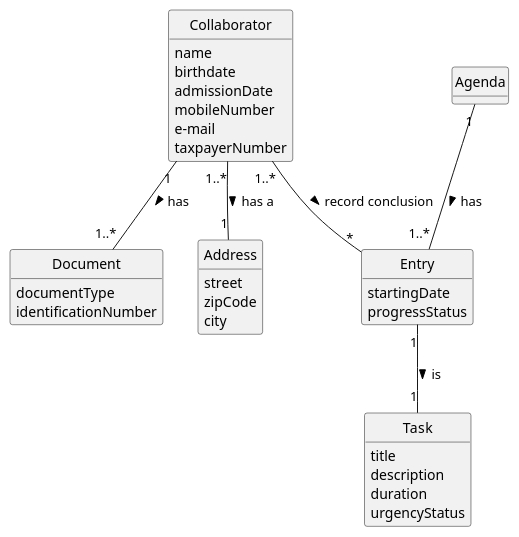
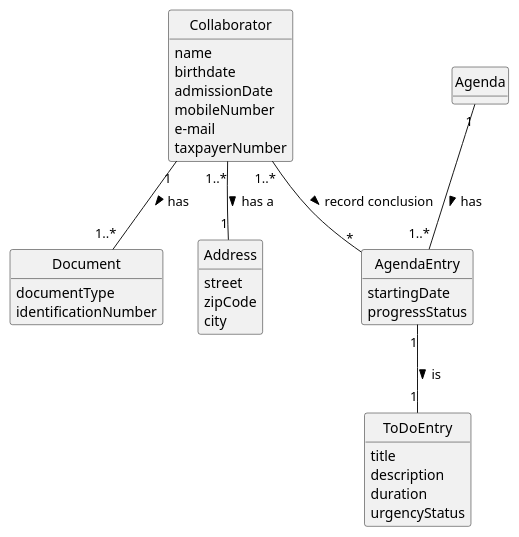
Before and after one commit to ricardomm7/leaflink: the diagram in docs/sprintC/us029/02.analysis/puml/us029-domain-model.puml, drawn with PlantUML. The commit also changed 20 other files, not shown here.

```diff
--- a/docs/sprintC/us029/02.analysis/puml/us029-domain-model.puml
+++ b/docs/sprintC/us029/02.analysis/puml/us029-domain-model.puml
@@ -1,68 +1,68 @@
 @startuml
 skinparam monochrome true
 skinparam packageStyle rectangle
 skinparam shadowing false
 
 'left to right direction
 
 skinparam classAttributeIconSize 0
 
 hide circle
 hide methods
 
 
 class Collaborator {
     name
     birthdate
     admissionDate
     mobileNumber
     e-mail
     taxpayerNumber
 }
 
-class Entry {
+class AgendaEntry {
     startingDate
     progressStatus
 
 }
 
 
-class Task {
+class ToDoEntry {
     title
     description
     duration
     urgencyStatus
 
 
 }
 
 class Document{
     documentType
     identificationNumber
 }
 
 class Address{
     street
     zipCode
     city
 }
 
 
 class Agenda{
 }
 
 
 
 
 
-Agenda "1" -- "1..*" Entry: has >
+Agenda "1" -- "1..*" AgendaEntry: has >
 
-Entry "1" -- "1" Task: is >
+AgendaEntry "1" -- "1" ToDoEntry: is >
 
-Collaborator "1..*" -- "*" Entry : record conclusion >
+Collaborator "1..*" -- "*" AgendaEntry : record conclusion >
 
 Collaborator "1" -- "1..*" Document : has >
 
 Collaborator "1..*" -- "1" Address : has a >
 
 @enduml
```
